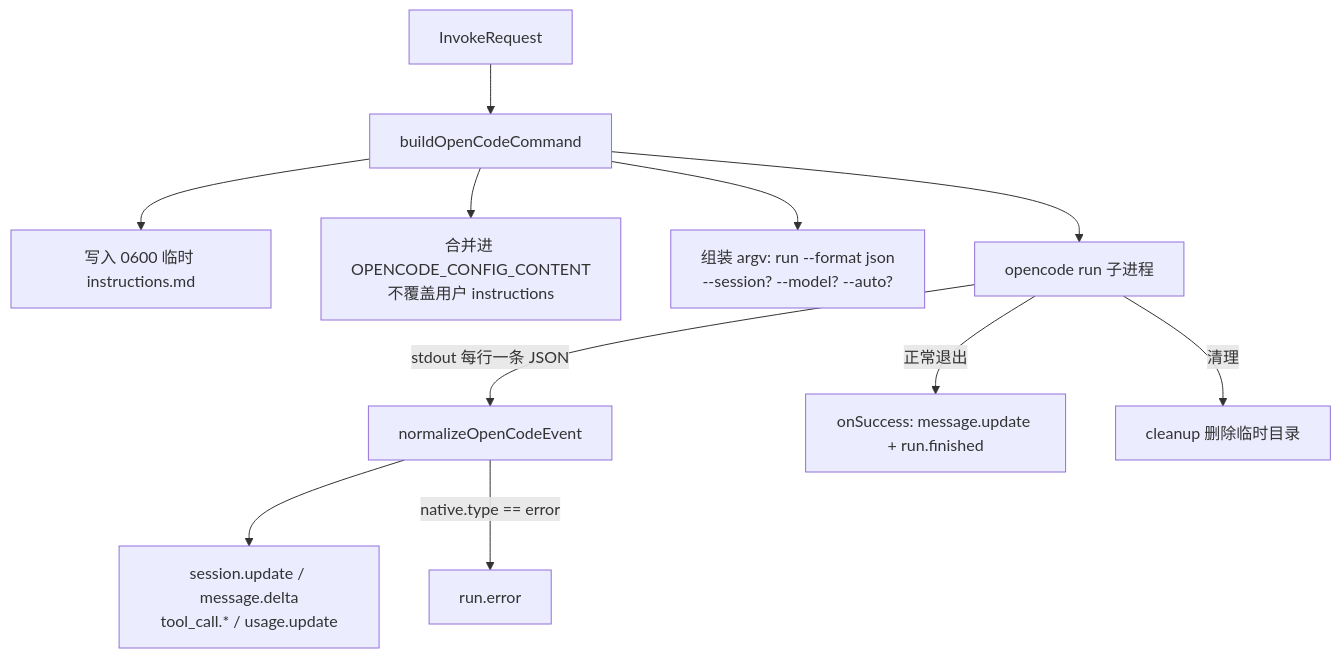
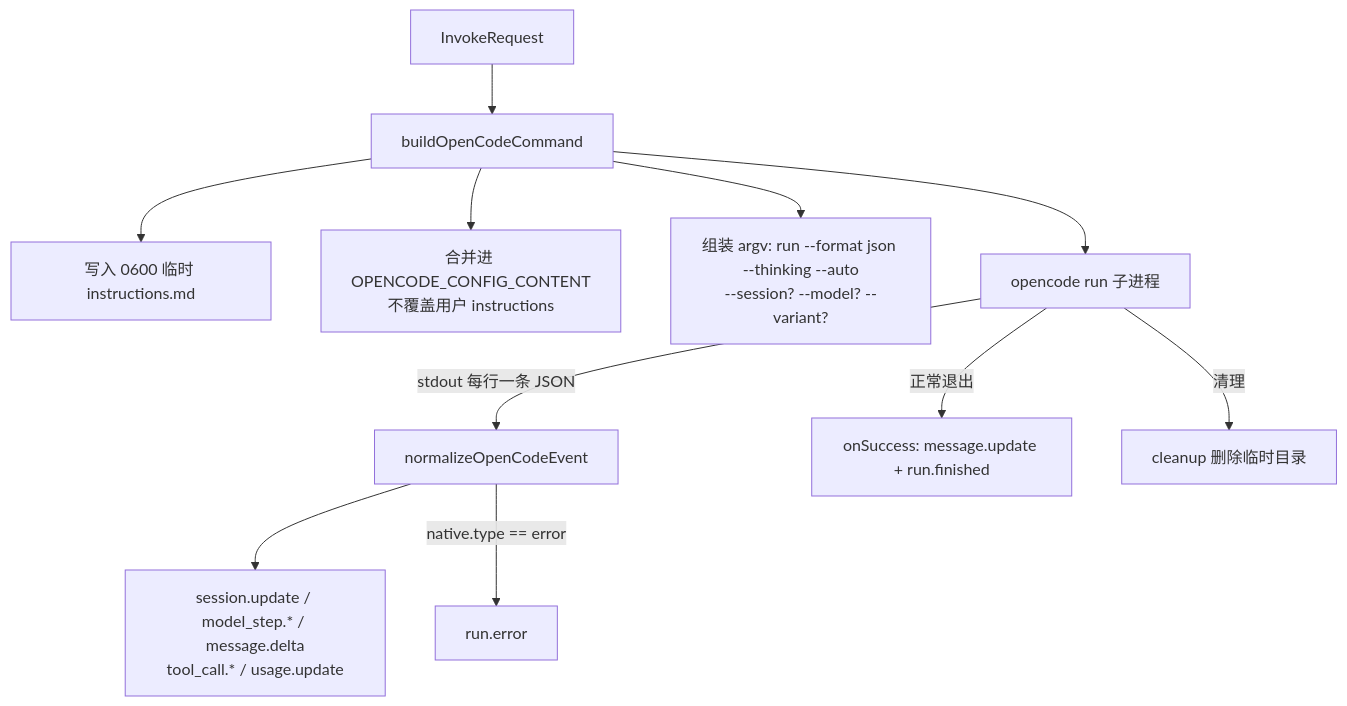
Before and after one commit to LarsonLian/octo-runtime: the diagram in packages/octo-harness-adapter-opencode/README.md, drawn with Mermaid. The commit also changed other lines of this file and 24 other files, not shown here.

````diff
--- a/packages/octo-harness-adapter-opencode/README.md
+++ b/packages/octo-harness-adapter-opencode/README.md
@@ -26,13 +26,13 @@
 ```mermaid
 flowchart TD
     A[InvokeRequest] --> B[buildOpenCodeCommand]
     B --> B1[写入 0600 临时 instructions.md]
     B --> B2[合并进 OPENCODE_CONFIG_CONTENT<br/>不覆盖用户 instructions]
-    B --> B3[组装 argv: run --format json<br/>--session? --model? --auto?]
+    B --> B3[组装 argv: run --format json --thinking --auto<br/>--session? --model? --variant?]
     B --> C[opencode run 子进程]
     C -->|stdout 每行一条 JSON| D[normalizeOpenCodeEvent]
-    D --> E[session.update / message.delta<br/>tool_call.* / usage.update]
+    D --> E[session.update / model_step.* / message.delta<br/>tool_call.* / usage.update]
     D -->|native.type == error| F[run.error]
     C -->|正常退出| G[onSuccess: message.update + run.finished]
     C -->|清理| H[cleanup 删除临时目录]
 ```
````
